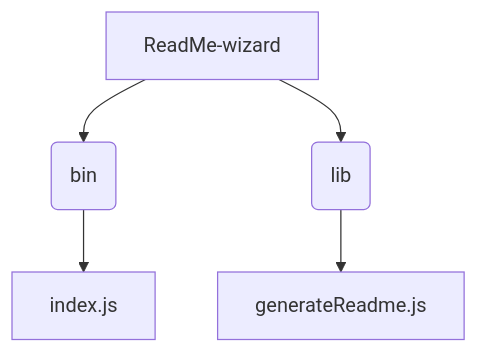
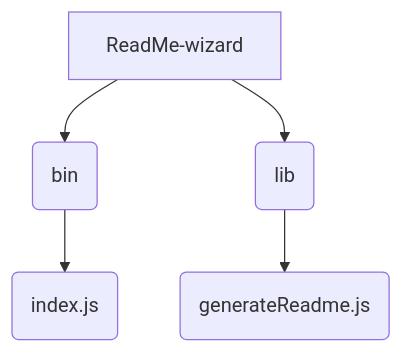
One commit to PIYUSH1SAINI/ReadMe-wiz changed the second of 2 diagrams in README.md. Above: the diagram before and after it, drawn with Mermaid. The commit also changed other lines of this file and 1 other file, not shown here.

````diff
--- a/README.md
+++ b/README.md
@@ -23,7 +25,8 @@
 ```mermaid
 graph TD
     A[ReadMe-wizard] --> B(bin);
-    A --> C(lib);
-    B --> D[index.js];
-    C --> E[generateReadme.js];
+    B --> C(index.js);
+    A --> D(lib);
+    D --> E(generateReadme.js);
+
 ```
````
